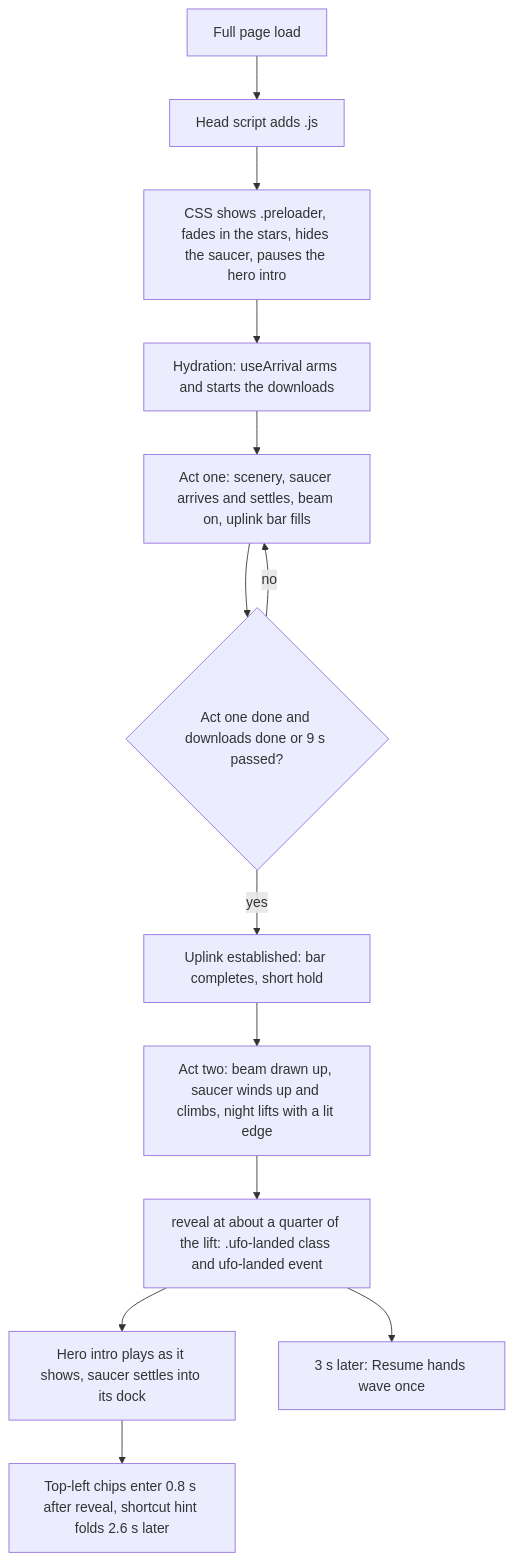
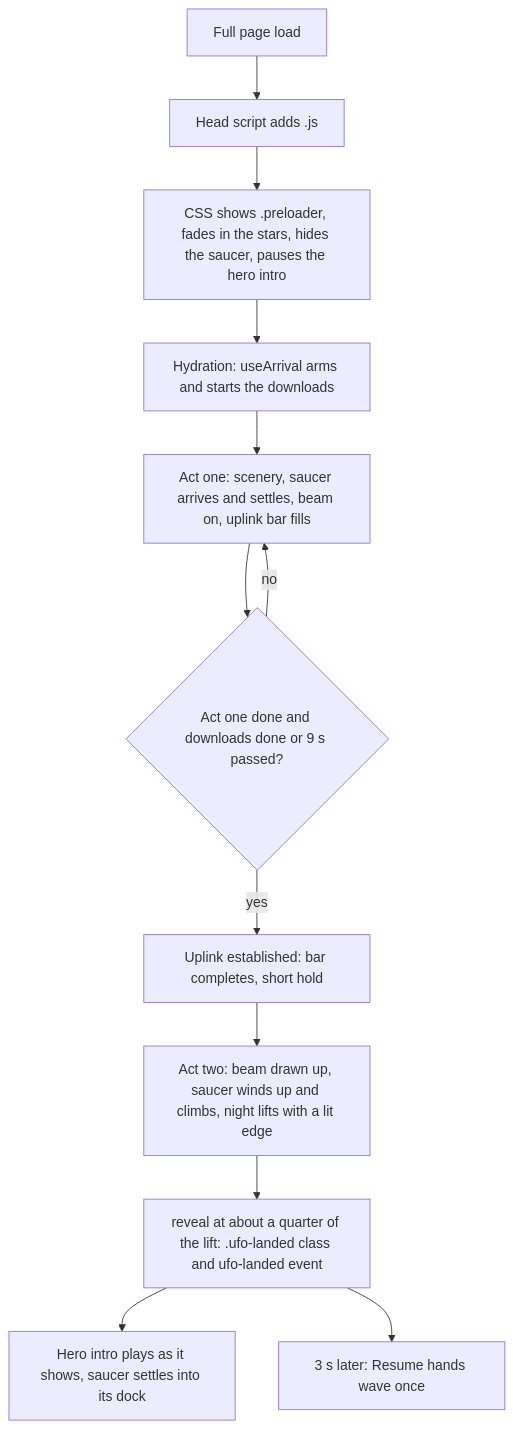
The first of 3 diagrams in app/docs/ufo.md (upayanmazumder/upayan.dev), drawn with Mermaid before and after one commit. The commit also changed other lines of this file and 9 other files, not shown here.

First line of the commit message:
feat(nav): drop top-left chips, snap only in stages, centre rocket

````diff
--- a/app/docs/ufo.md
+++ b/app/docs/ufo.md
@@ -29,15 +28,14 @@
 ```mermaid
 flowchart TD
   A[Full page load] --> B[Head script adds .js]
   B --> C[CSS shows .preloader, fades in the stars, hides the saucer, pauses the hero intro]
   C --> D[Hydration: useArrival arms and starts the downloads]
   D --> E[Act one: scenery, saucer arrives and settles, beam on, uplink bar fills]
   E --> F{Act one done and downloads done or 9 s passed?}
   F -- no --> E
   F -- yes --> G[Uplink established: bar completes, short hold]
   G --> H[Act two: beam drawn up, saucer winds up and climbs, night lifts with a lit edge]
   H --> I[reveal at about a quarter of the lift: .ufo-landed class and ufo-landed event]
   I --> J[Hero intro plays as it shows, saucer settles into its dock]
-  J --> K[Top-left chips enter 0.8 s after reveal, shortcut hint folds 2.6 s later]
   I --> L[3 s later: Resume hands wave once]
 ```
````
